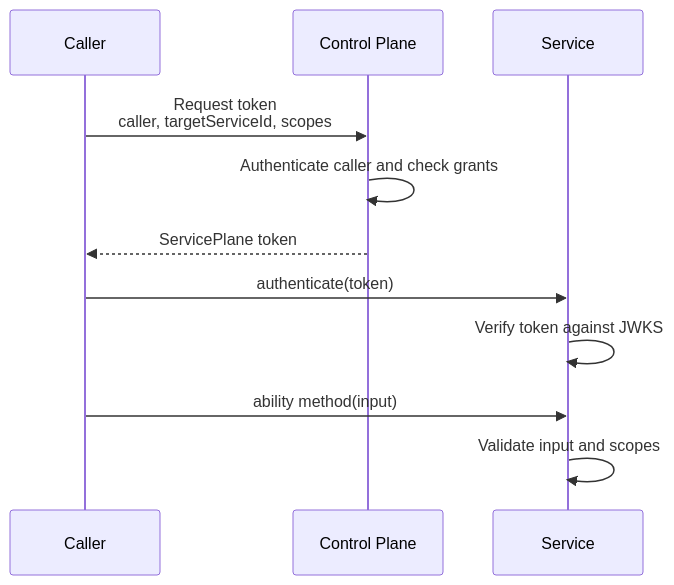
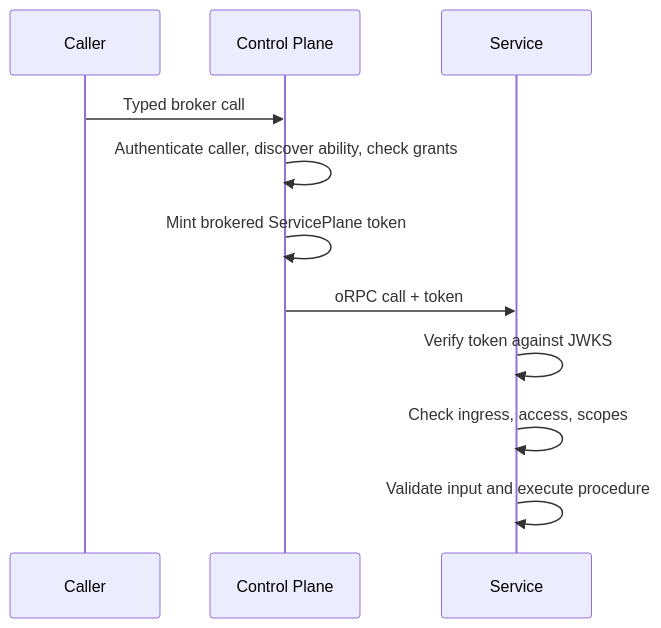
One commit to JUVOJustin/service-plane changed the first of 2 diagrams in .apm/skills/service-plane/references/auth.md. Above: the diagram before and after it, drawn with Mermaid. The commit also changed other lines of this file and 87 other files, not shown here.

````diff
--- a/.apm/skills/service-plane/references/auth.md
+++ b/.apm/skills/service-plane/references/auth.md
@@ -13,14 +13,14 @@
 ```mermaid
 sequenceDiagram
   participant Caller
   participant Plane as Control Plane
   participant Service
 
-  Caller->>Plane: Request token<br/>caller, targetServiceId, scopes
-  Plane->>Plane: Authenticate caller and check grants
-  Plane-->>Caller: ServicePlane token
-  Caller->>Service: authenticate(token)
+  Caller->>Plane: Typed broker call
+  Plane->>Plane: Authenticate caller, discover ability, check grants
+  Plane->>Plane: Mint brokered ServicePlane token
+  Plane->>Service: oRPC call + token
   Service->>Service: Verify token against JWKS
-  Caller->>Service: ability method(input)
-  Service->>Service: Validate input and scopes
+  Service->>Service: Check ingress, access, scopes
+  Service->>Service: Validate input and execute procedure
 ```
````
